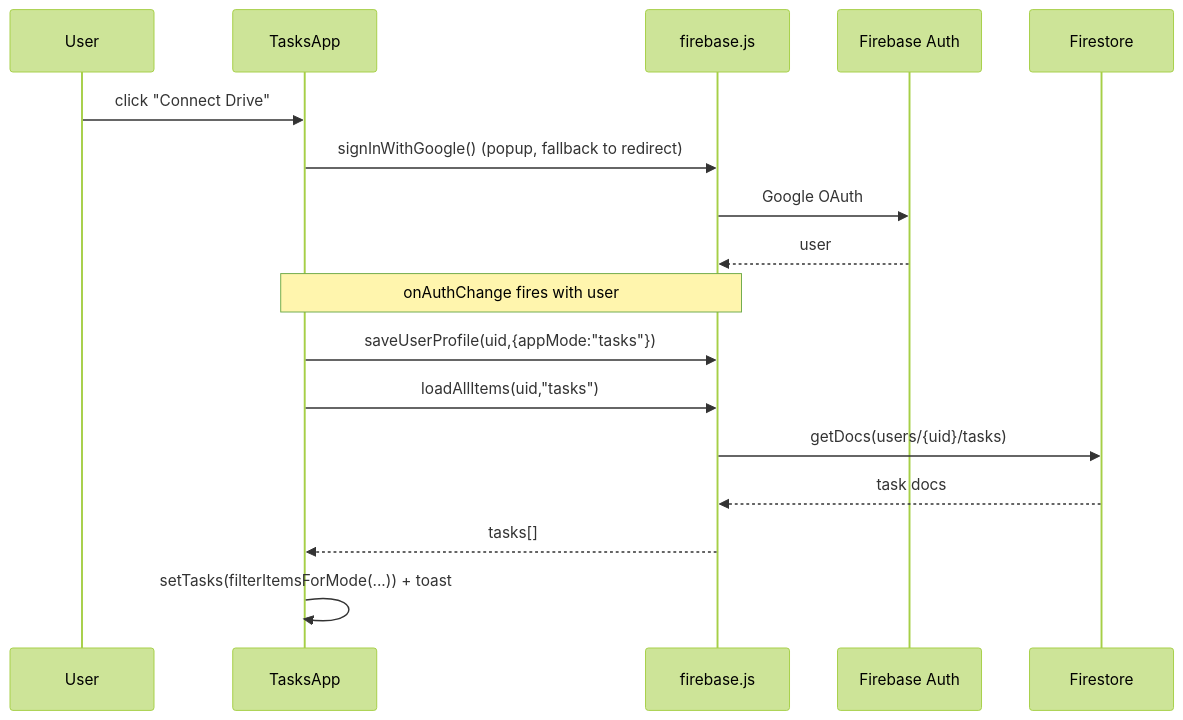
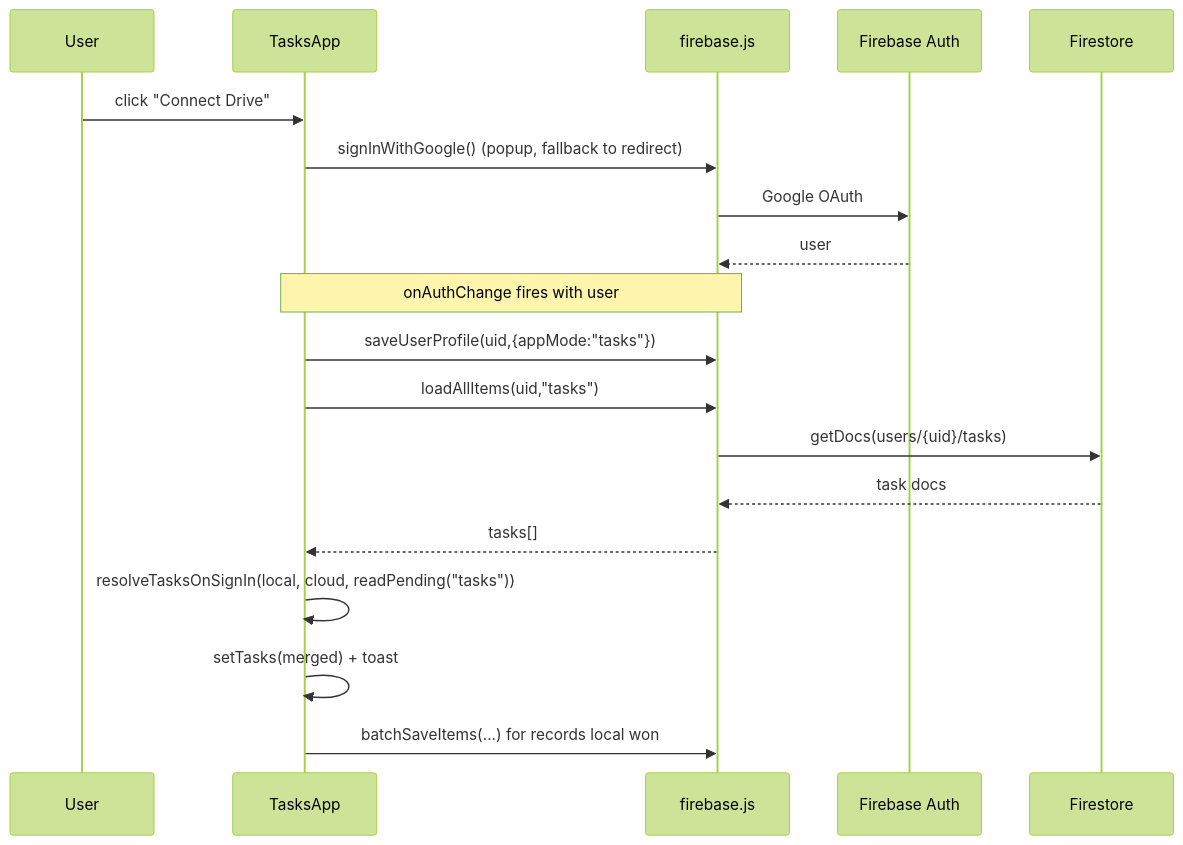
The fifth of 6 diagrams in docs/HLD.md (joka-7/KanDOne), drawn with Mermaid (forest theme) before and after one commit. The commit also changed other lines of this file and 15 other files, not shown here.

````diff
--- a/docs/HLD.md
+++ b/docs/HLD.md
@@ -301,20 +303,22 @@
 ```mermaid
 sequenceDiagram
     participant U as User
     participant T as TasksApp
     participant FB as firebase.js
     participant AUTH as Firebase Auth
     participant FS as Firestore
 
     U->>T: click "Connect Drive"
     T->>FB: signInWithGoogle() (popup, fallback to redirect)
     FB->>AUTH: Google OAuth
     AUTH-->>FB: user
     Note over T,FB: onAuthChange fires with user
     T->>FB: saveUserProfile(uid,{appMode:"tasks"})
     T->>FB: loadAllItems(uid,"tasks")
     FB->>FS: getDocs(users/{uid}/tasks)
     FS-->>FB: task docs
     FB-->>T: tasks[]
-    T->>T: setTasks(filterItemsForMode(...)) + toast
+    T->>T: resolveTasksOnSignIn(local, cloud, readPending("tasks"))
+    T->>T: setTasks(merged) + toast
+    T->>FB: batchSaveItems(...) for records local won
 ```
````
